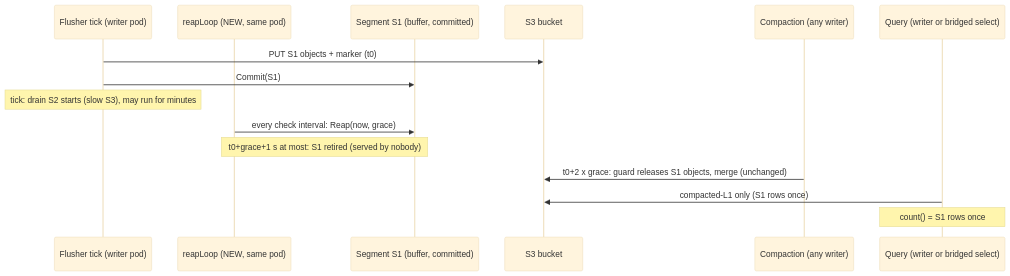
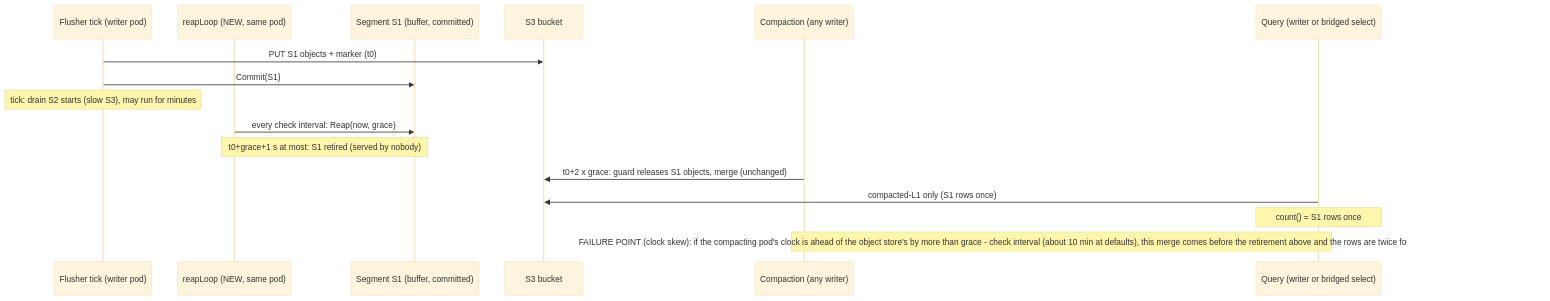
One commit to ReliablyObserve/victoria-lakehouse changed the fourth of 6 diagrams in docs/durability.md. Above: the diagram before and after it, drawn with Mermaid (base theme). The commit also changed other lines of this file and 5 other files, not shown here.

````diff
--- a/docs/durability.md
+++ b/docs/durability.md
@@ -664,17 +728,18 @@
 ```mermaid
 sequenceDiagram
     participant F as Flusher tick (writer pod)
     participant R as reapLoop (NEW, same pod)
     participant B as Segment S1 (buffer, committed)
     participant S3 as S3 bucket
     participant C as Compaction (any writer)
     participant Q as Query (writer or bridged select)
     F->>S3: PUT S1 objects + marker (t0)
     F->>B: Commit(S1)
     Note over F: tick: drain S2 starts (slow S3), may run for minutes
     R->>B: every check interval: Reap(now, grace)
     Note over R,B: t0+grace+1 s at most: S1 retired (served by nobody)
     C->>S3: t0+2 x grace: guard releases S1 objects, merge (unchanged)
     Q->>S3: compacted-L1 only (S1 rows once)
     Note over Q: count() = S1 rows once
+    Note over C,Q: FAILURE POINT (clock skew): if the compacting pod's clock is ahead of the object store's by more than grace - check interval (about 10 min at defaults), this merge comes before the retirement above and the rows are twice for at most about one grace, none lost (#860)
 ```
````
